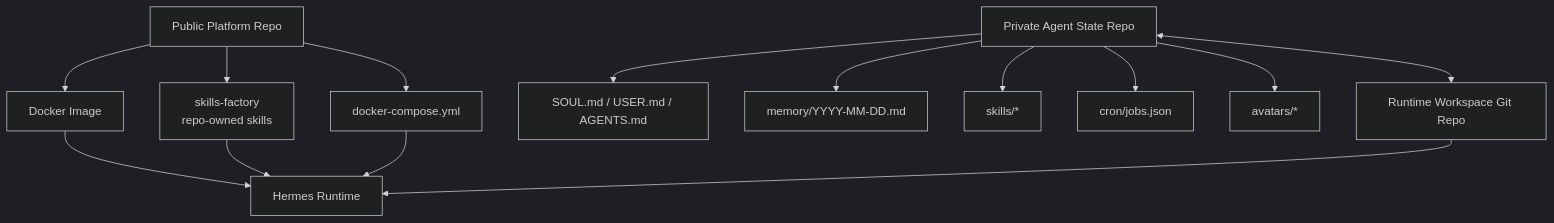
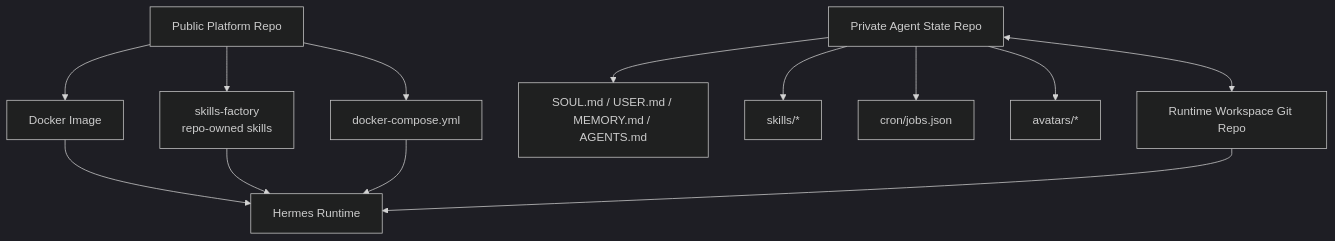
One commit to Pedrohgv/josemar-assistente changed the second of 4 diagrams in README.md. Above: the diagram before and after it, drawn with Mermaid (dark theme). The commit also changed other lines of this file, not shown here.

Commit message:
docs: align state README with Hermes memory model

````diff
--- a/README.md
+++ b/README.md
@@ -52,18 +52,17 @@
 ```mermaid
 flowchart TB
   PublicRepo[Public Platform Repo] --> Image[Docker Image]
   PublicRepo --> CoreSkills[skills-factory<br/>repo-owned skills]
   PublicRepo --> Compose[docker-compose.yml]
 
-  PrivateRepo[Private Agent State Repo] --> Personality[SOUL.md / USER.md / AGENTS.md]
-  PrivateRepo --> Memory[memory/YYYY-MM-DD.md]
+  PrivateRepo[Private Agent State Repo] --> Personality[SOUL.md / USER.md / MEMORY.md / AGENTS.md]
   PrivateRepo --> UserSkills[skills/*]
   PrivateRepo --> Cron[cron/jobs.json]
   PrivateRepo --> Avatars[avatars/*]
 
   Image --> Runtime[Hermes Runtime]
   CoreSkills --> Runtime
   Compose --> Runtime
   PrivateRepo <--> Workspace[Runtime Workspace Git Repo]
   Workspace --> Runtime
 ```
````
